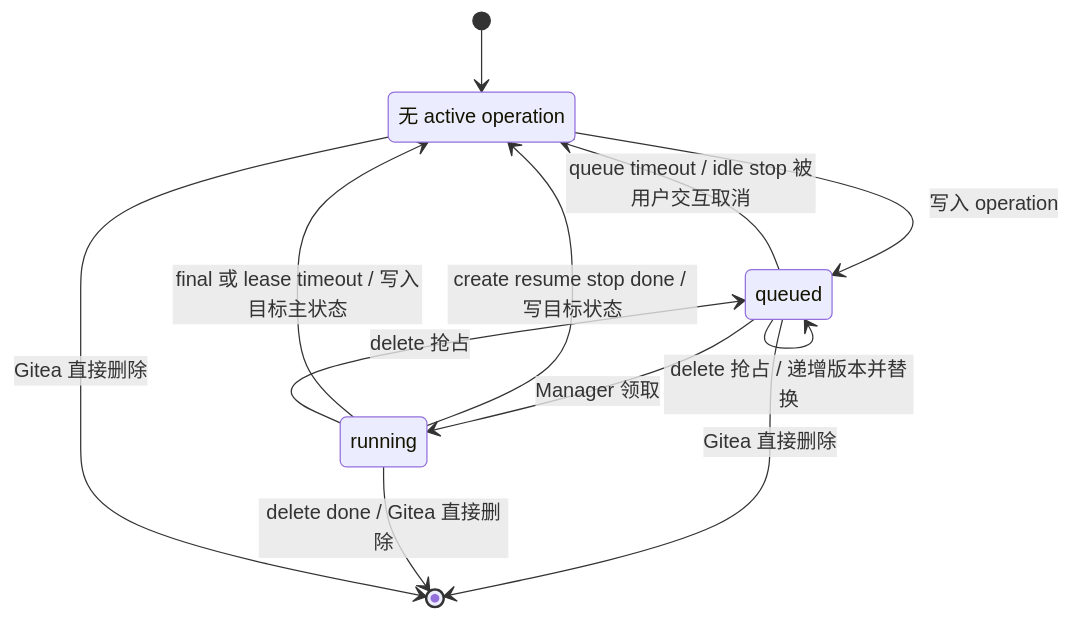
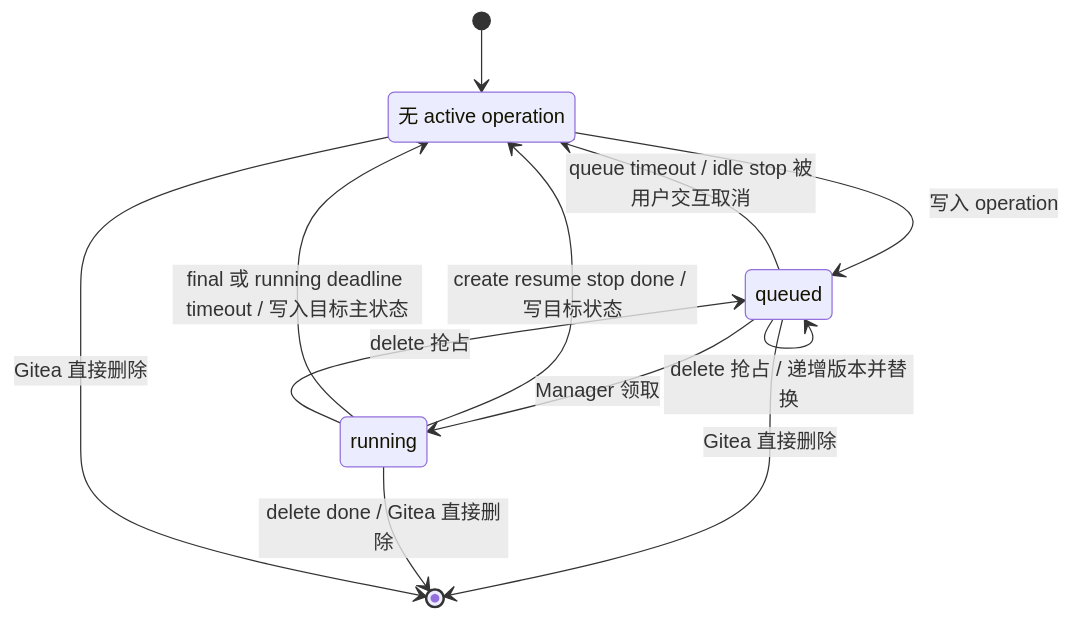
The second of 9 diagrams in src/state-machine.md (ExplodingDragon/gitea-dev), drawn with Mermaid before and after one commit. The commit also changed other lines of this file and 10 other files, not shown here.

````diff
--- a/src/state-machine.md
+++ b/src/state-machine.md
@@ -126,20 +126,20 @@
 ```mermaid
 stateDiagram-v2
     direction TB
 
     NoOp: 无 active operation
     Queued: queued
     Running: running
 
     [*] --> NoOp
     NoOp --> Queued: 写入 operation
     Queued --> Running: Manager 领取
     Queued --> NoOp: queue timeout / idle stop 被用户交互取消
     Queued --> Queued: delete 抢占 / 递增版本并替换
     Queued --> [*]: Gitea 直接删除
     Running --> NoOp: create resume stop done / 写目标状态
-    Running --> NoOp: final 或 lease timeout / 写入目标主状态
+    Running --> NoOp: final 或 running deadline timeout / 写入目标主状态
     Running --> Queued: delete 抢占
     Running --> [*]: delete done / Gitea 直接删除
     NoOp --> [*]: Gitea 直接删除
 ```
````
